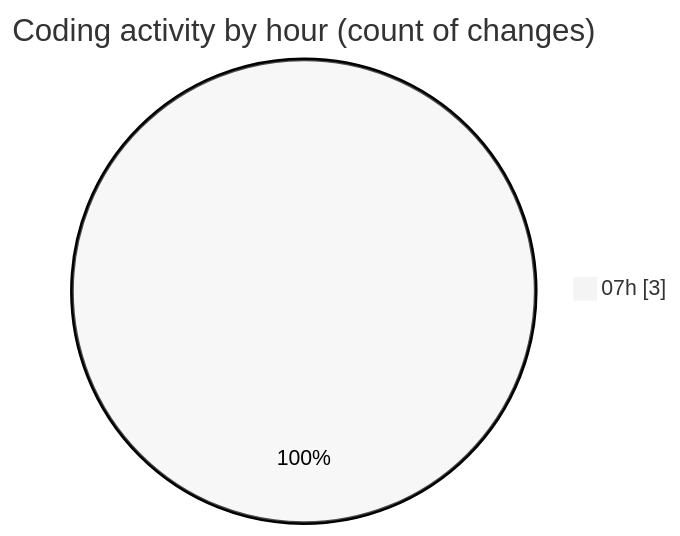
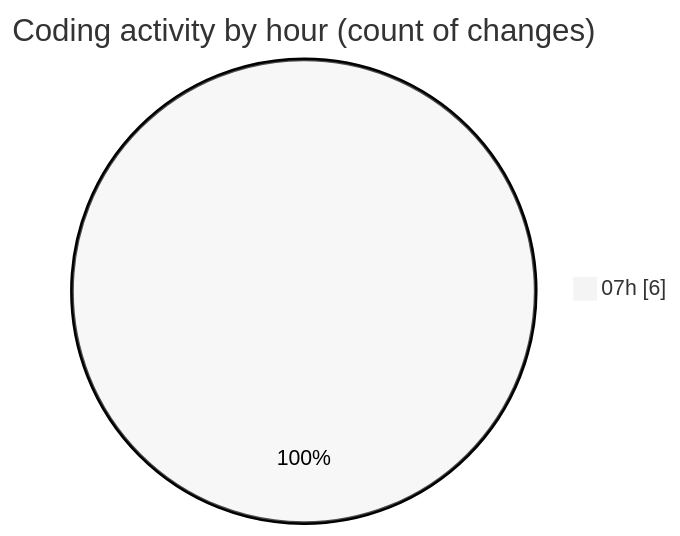
One commit to vahidmafi/code-tracking changed the second of 2 diagrams in 2025-10-04/shop/README.md. Above: the diagram before and after it, drawn with Mermaid (neutral theme). The commit also changed other lines of this file and 1 other file, not shown here.

````diff
--- a/2025-10-04/shop/README.md
+++ b/2025-10-04/shop/README.md
@@ -28,5 +28,5 @@
 ```mermaid
 pie showData
 title Coding activity by hour (count of changes)
-"07h" : 3
+"07h" : 6
 ```
````
